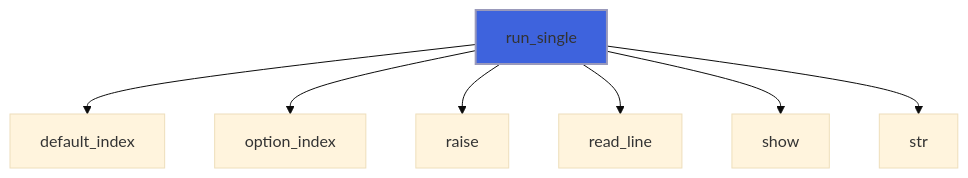
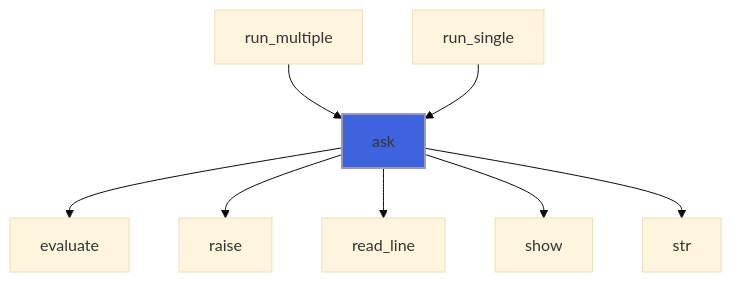
One commit to szaghi/FLAP changed the fourth of 12 diagrams in docs/api/src/lib/flap_menu_t.md. Above: the diagram before and after it, drawn with Mermaid (base theme). The commit also changed other lines of this file and 9 other files, not shown here.

````diff
--- a/docs/api/src/lib/flap_menu_t.md
+++ b/docs/api/src/lib/flap_menu_t.md
@@ -188,10 +202,11 @@
 ```mermaid
 flowchart TD
-  run_single["run_single"] --> default_index["default_index"]
-  run_single["run_single"] --> option_index["option_index"]
-  run_single["run_single"] --> raise["raise"]
-  run_single["run_single"] --> read_line["read_line"]
-  run_single["run_single"] --> show["show"]
-  run_single["run_single"] --> str["str"]
-  style run_single fill:#3e63dd,stroke:#99b,stroke-width:2px
+  run_multiple["run_multiple"] --> ask["ask"]
+  run_single["run_single"] --> ask["ask"]
+  ask["ask"] --> evaluate["evaluate"]
+  ask["ask"] --> raise["raise"]
+  ask["ask"] --> read_line["read_line"]
+  ask["ask"] --> show["show"]
+  ask["ask"] --> str["str"]
+  style ask fill:#3e63dd,stroke:#99b,stroke-width:2px
 ```
````
